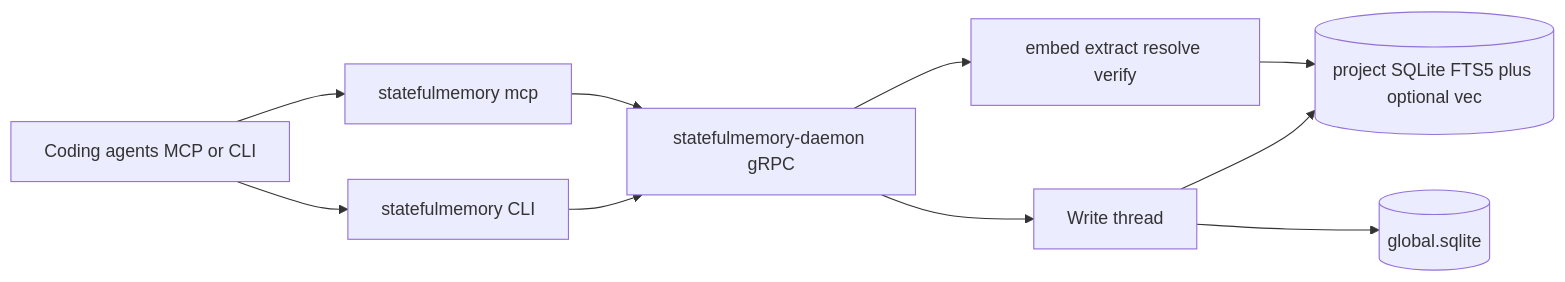
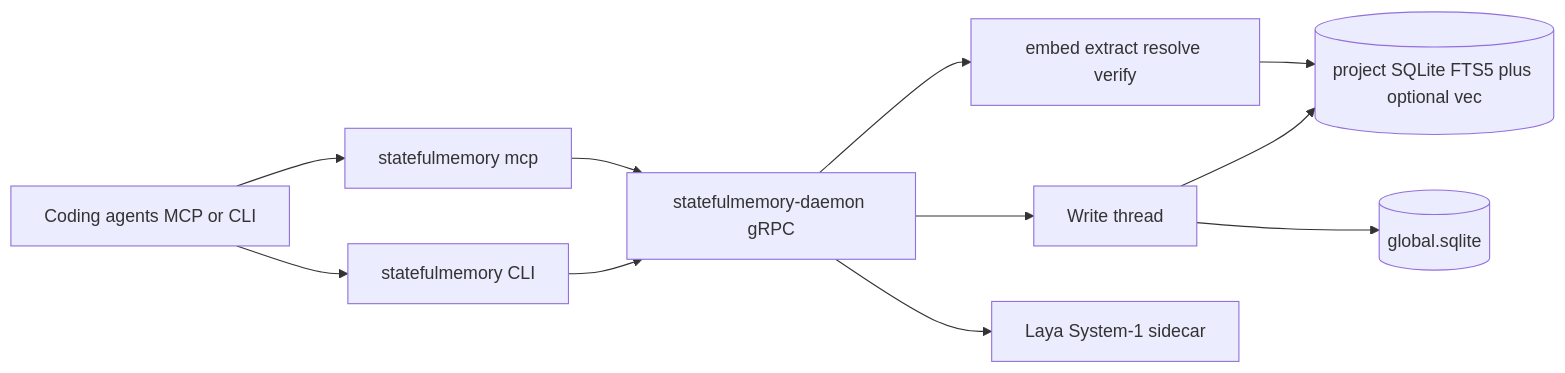
Before and after one commit to sanudatta11/statefulmemory: the diagram in README.md, drawn with Mermaid. The commit also changed other lines of this file and 34 other files, not shown here.

First line of the commit message:
feat(laya): add System-1 typed-decision sidecar

````diff
--- a/README.md
+++ b/README.md
@@ -71,20 +89,22 @@
 ```mermaid
 flowchart LR
   Agents[Coding agents MCP or CLI]
   CLI[statefulmemory CLI]
   MCP[statefulmemory mcp]
   D[statefulmemory-daemon gRPC]
   WT[Write thread]
   DB[(project SQLite FTS5 plus optional vec)]
   G[(global.sqlite)]
   Workers[embed extract resolve verify]
+  Laya[Laya System-1 sidecar]
   Agents --> CLI
   Agents --> MCP
   CLI --> D
   MCP --> D
   D --> WT
   WT --> DB
   WT --> G
   D --> Workers
   Workers --> DB
+  D --> Laya
 ```
````
